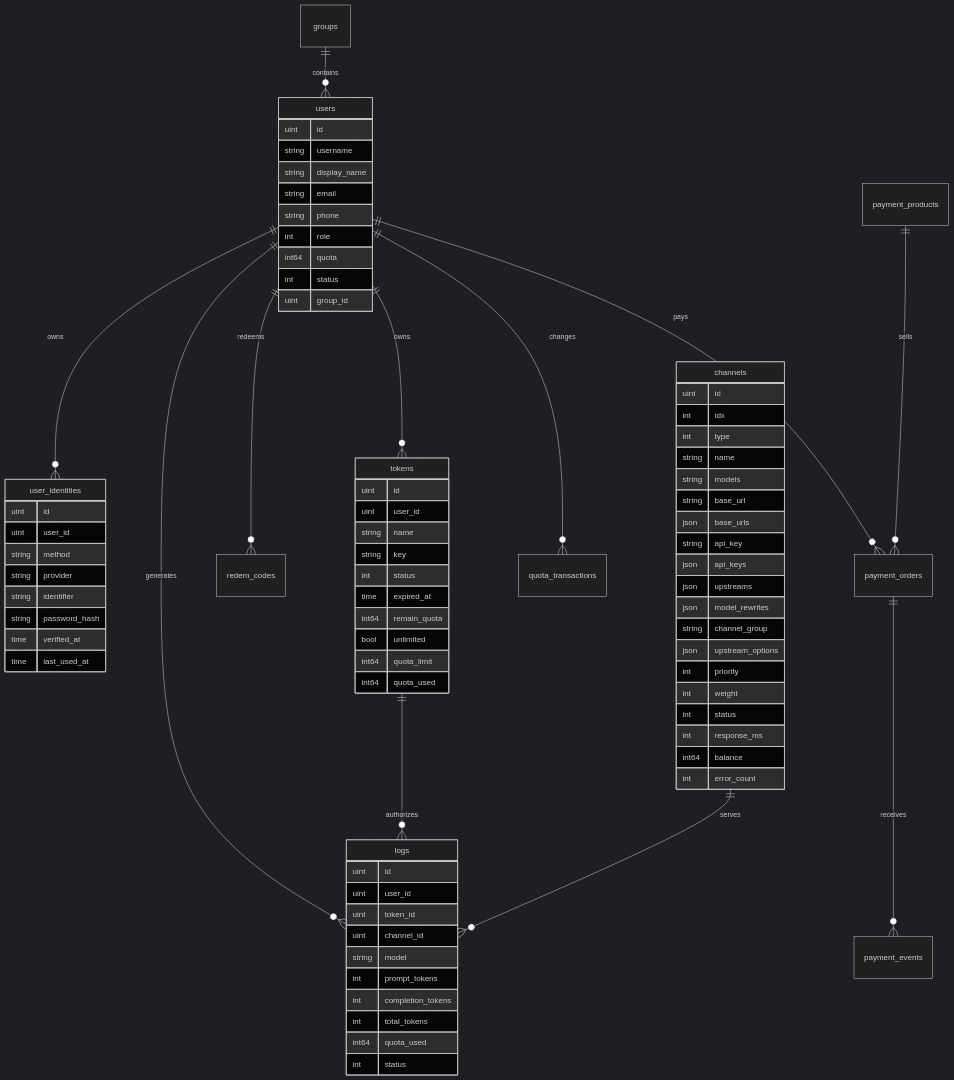
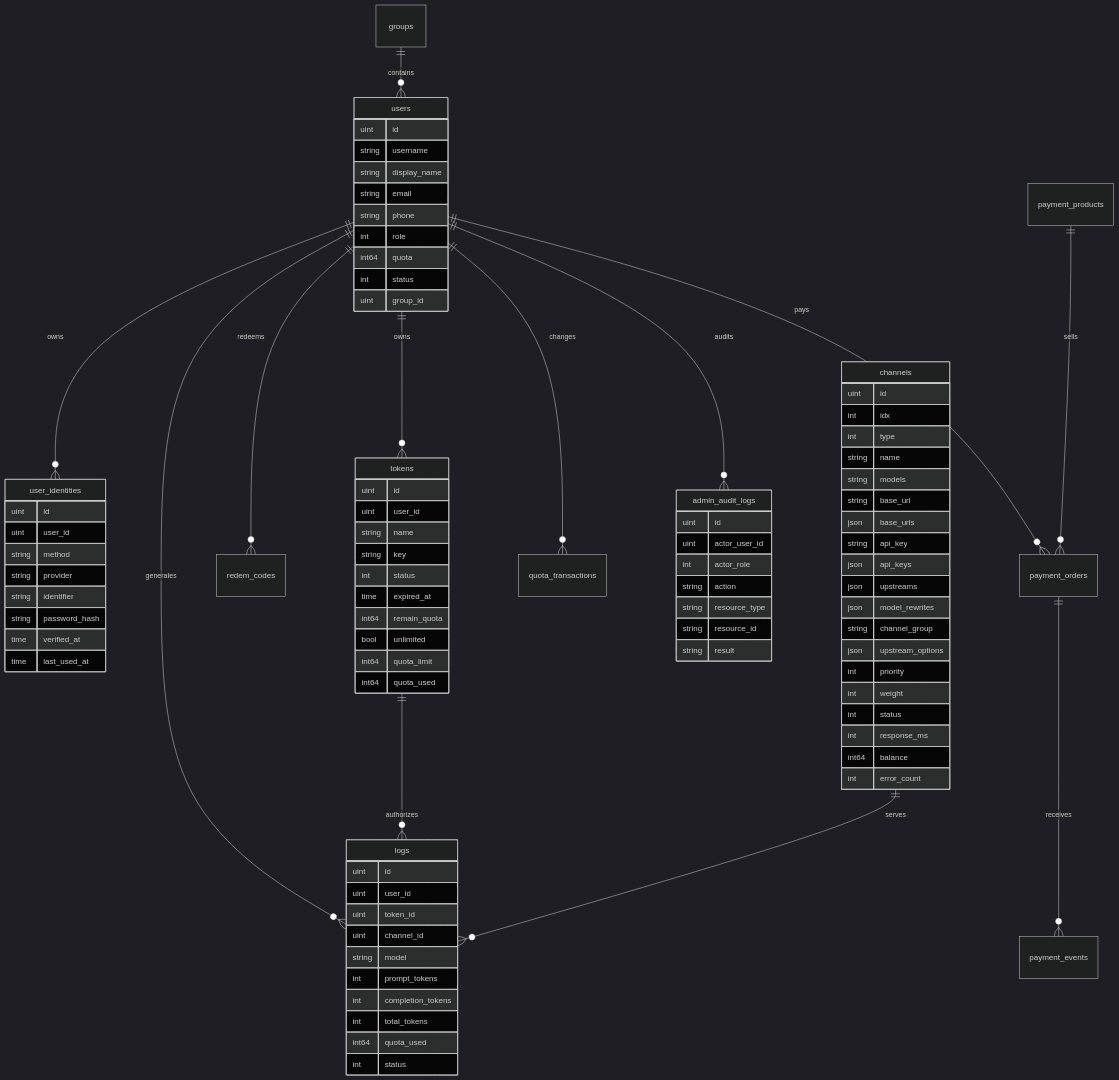
One commit to jellyfish-p/RouterX changed the diagram in docs/DATA_MODEL.md. Above: the diagram before and after it, drawn with Mermaid (dark theme). The commit also changed other lines of this file and 20 other files, not shown here.

````diff
--- a/docs/DATA_MODEL.md
+++ b/docs/DATA_MODEL.md
@@ -25,6 +25,7 @@
     users ||--o{ redem_codes : redeems
     users ||--o{ payment_orders : pays
     users ||--o{ quota_transactions : changes
+    users ||--o{ admin_audit_logs : audits
     tokens ||--o{ logs : authorizes
     channels ||--o{ logs : serves
     payment_products ||--o{ payment_orders : sells
@@ -100,4 +101,14 @@
         int64 quota_used
         int status
     }
+
+    admin_audit_logs {
+        uint id
+        uint actor_user_id
+        int actor_role
+        string action
+        string resource_type
+        string resource_id
+        string result
+    }
 ```
````
